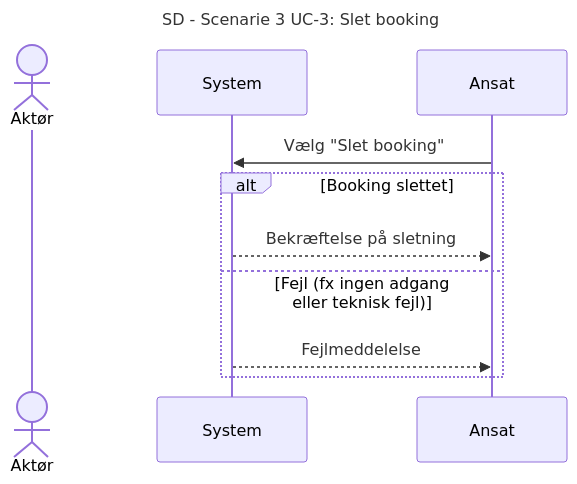
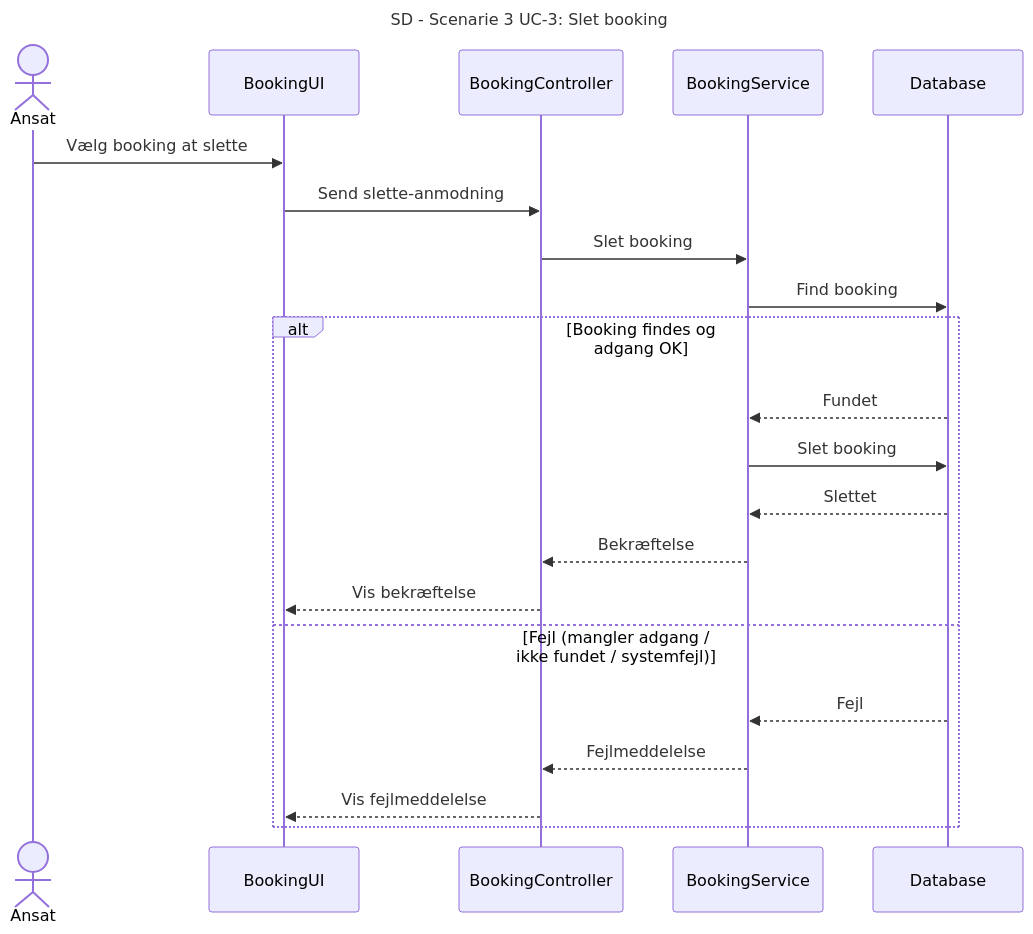
Before and after one commit to DMOoF25/TheMovie: the diagram in docs/Scenarie 3 UC3/SD S3 UC3.mmd, drawn with Mermaid.

Commit message:
Update SD S3 UC3.mmd

```diff
--- a/docs/Scenarie 3 UC3/SD S3 UC3.mmd
+++ b/docs/Scenarie 3 UC3/SD S3 UC3.mmd
@@ -1,13 +1,25 @@
 sequenceDiagram
 title SD - Scenarie 3 UC-3: Slet booking
 
    
-    actor Aktør
-    participant System
+    actor Ansat
+    participant BookingUI
+    participant BookingController
+    participant BookingService
+    participant Database
 
-    Ansat->>System: Vælg "Slet booking"
-    alt Booking slettet
-        System-->>Ansat: Bekræftelse på sletning
-    else Fejl (fx ingen adgang eller teknisk fejl)
-        System-->>Ansat: Fejlmeddelelse
+    Ansat->>BookingUI: Vælg booking at slette
+    BookingUI->>BookingController: Send slette-anmodning
+    BookingController->>BookingService: Slet booking
+    BookingService->>Database: Find booking
+    alt Booking findes og adgang OK
+        Database-->>BookingService: Fundet
+        BookingService->>Database: Slet booking
+        Database-->>BookingService: Slettet
+        BookingService-->>BookingController: Bekræftelse
+        BookingController-->>BookingUI: Vis bekræftelse
+    else Fejl (mangler adgang / ikke fundet / systemfejl)
+        Database-->>BookingService: Fejl
+        BookingService-->>BookingController: Fejlmeddelelse
+        BookingController-->>BookingUI: Vis fejlmeddelelse
     end
```
